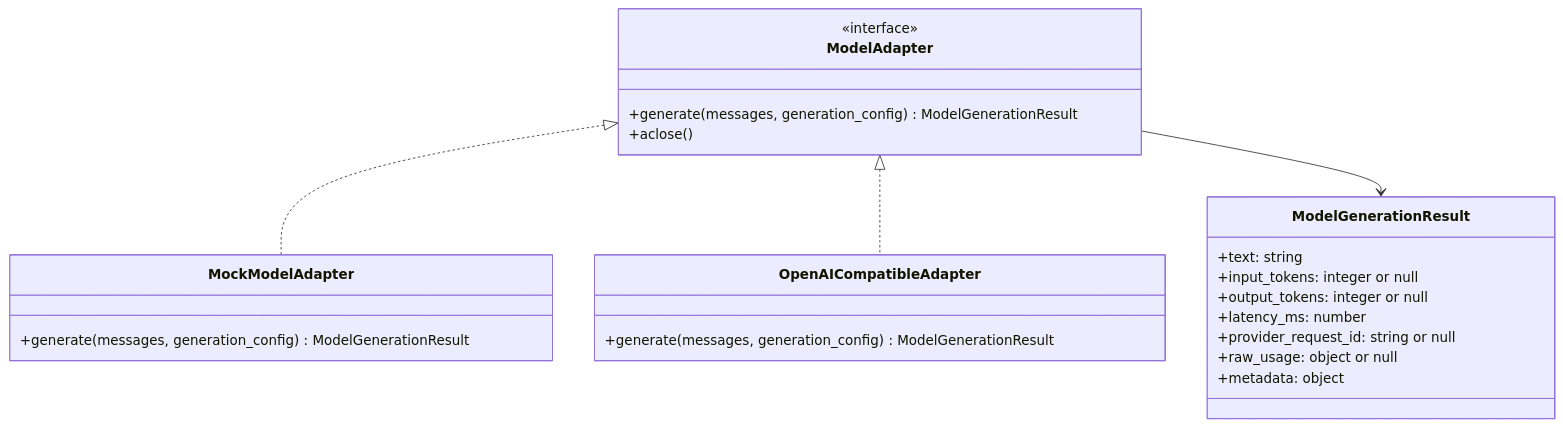
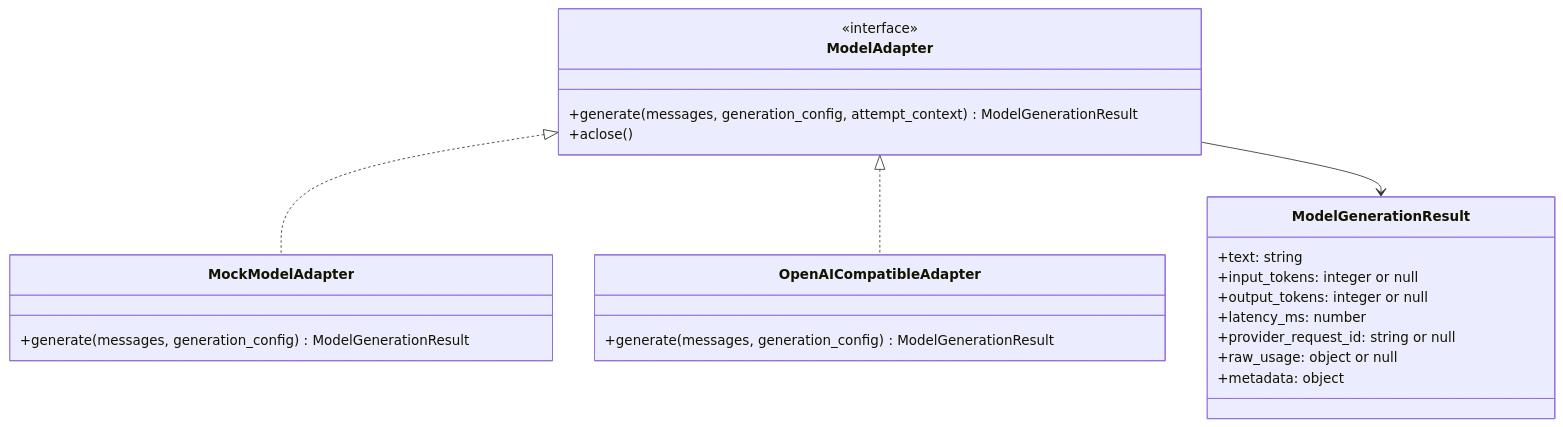
Before and after one commit to CWNU-Open-Source-Community/LLMBenchLab: the fifth of 7 diagrams in docs/ARCHITECTURE.md, drawn with Mermaid. The commit also changed other lines of this file and 83 other files, not shown here.

````diff
--- a/docs/ARCHITECTURE.md
+++ b/docs/ARCHITECTURE.md
@@ -271,27 +298,27 @@
 ```mermaid
 classDiagram
     class ModelAdapter {
         <<interface>>
-        +generate(messages, generation_config) ModelGenerationResult
+        +generate(messages, generation_config, attempt_context) ModelGenerationResult
         +aclose()
     }
     class MockModelAdapter {
         +generate(messages, generation_config) ModelGenerationResult
     }
     class OpenAICompatibleAdapter {
         +generate(messages, generation_config) ModelGenerationResult
     }
     class ModelGenerationResult {
         +text: string
         +input_tokens: integer or null
         +output_tokens: integer or null
         +latency_ms: number
         +provider_request_id: string or null
         +raw_usage: object or null
         +metadata: object
     }
 
     ModelAdapter <|.. MockModelAdapter
     ModelAdapter <|.. OpenAICompatibleAdapter
     ModelAdapter --> ModelGenerationResult
 ```
````
